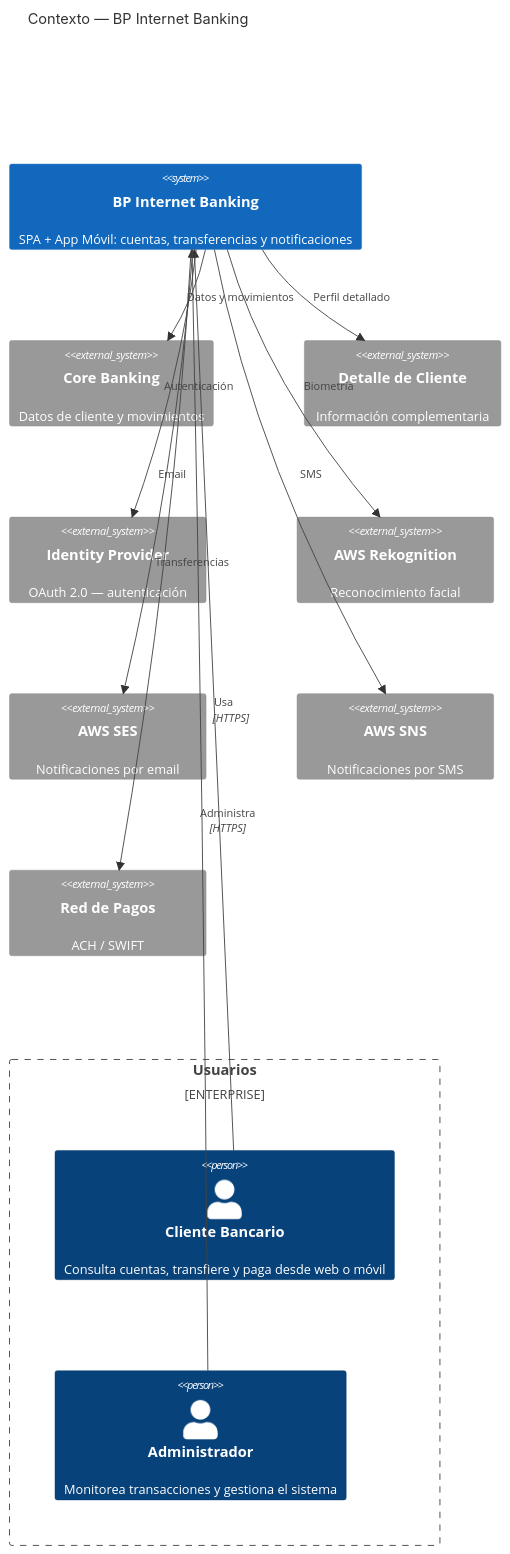
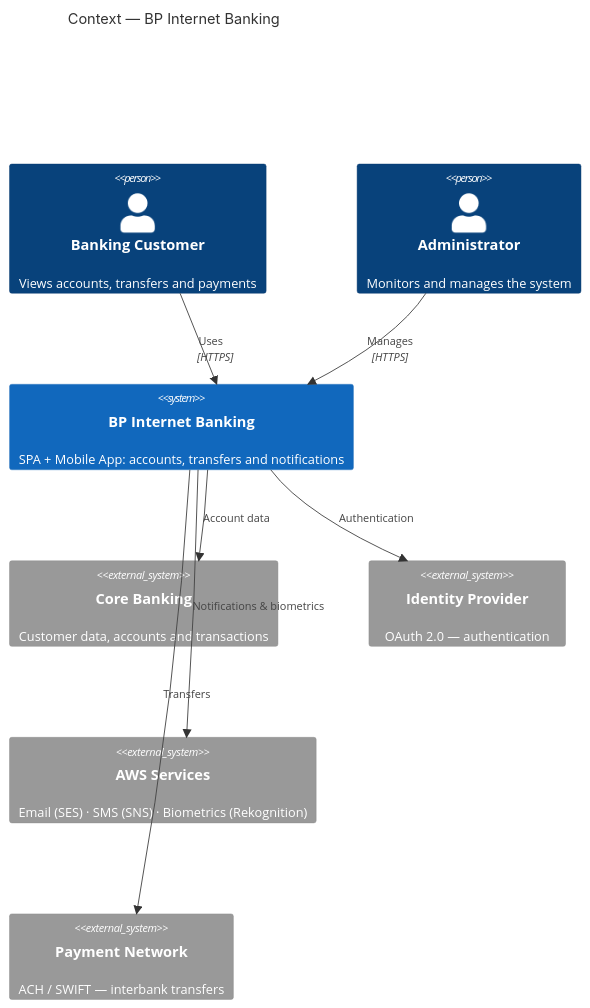
One commit to DavidVique1998/CV changed the first of 11 diagrams in docs/origin/BP_BANKING_ARCHITECTURE.md. Above: the diagram before and after it, drawn with Mermaid. The commit also changed other lines of this file and 1 other file, not shown here.

Commit message:
docs: simplify BP_BANKING_ARCHITECTURE — group external systems, compact diagrams, horizontal PKCE flow

````diff
--- a/docs/origin/BP_BANKING_ARCHITECTURE.md
+++ b/docs/origin/BP_BANKING_ARCHITECTURE.md
@@ -19,29 +19,22 @@
 ```mermaid
+%%{init: {"layout": "elk"}}%%
 C4Context
-  title Contexto — BP Internet Banking
+  title Context — BP Internet Banking
 
-  Enterprise_Boundary(users, "Usuarios") {
-    Person(customer, "Cliente Bancario", "Consulta cuentas, transfiere y paga desde web o móvil")
-    Person(admin, "Administrador", "Monitorea transacciones y gestiona el sistema")
-  }
+  Person(customer, "Banking Customer", "Views accounts, transfers and payments")
+  Person(admin, "Administrator", "Monitors and manages the system")
 
-  System(bp, "BP Internet Banking", "SPA + App Móvil: cuentas, transferencias y notificaciones")
+  System(bp, "BP Internet Banking", "SPA + Mobile App: accounts, transfers and notifications")
 
-  System_Ext(core, "Core Banking", "Datos de cliente y movimientos")
-  System_Ext(detail, "Detalle de Cliente", "Información complementaria")
-  System_Ext(idp, "Identity Provider", "OAuth 2.0 — autenticación")
-  System_Ext(rekognition, "AWS Rekognition", "Reconocimiento facial")
-  System_Ext(ses, "AWS SES", "Notificaciones por email")
-  System_Ext(sns, "AWS SNS", "Notificaciones por SMS")
-  System_Ext(payments, "Red de Pagos", "ACH / SWIFT")
+  System_Ext(core, "Core Banking", "Customer data, accounts and transactions")
+  System_Ext(idp, "Identity Provider", "OAuth 2.0 — authentication")
+  System_Ext(aws_svc, "AWS Services", "Email (SES) · SMS (SNS) · Biometrics (Rekognition)")
+  System_Ext(payments, "Payment Network", "ACH / SWIFT — interbank transfers")
 
-  Rel(customer, bp, "Usa", "HTTPS")
-  Rel(admin, bp, "Administra", "HTTPS")
-  Rel(bp, core, "Datos y movimientos")
-  Rel(bp, detail, "Perfil detallado")
-  Rel(bp, idp, "Autenticación")
-  Rel(bp, rekognition, "Biometría")
-  Rel(bp, ses, "Email")
-  Rel(bp, sns, "SMS")
-  Rel(bp, payments, "Transferencias")
+  Rel(customer, bp, "Uses", "HTTPS")
+  Rel(admin, bp, "Manages", "HTTPS")
+  Rel(bp, core, "Account data")
+  Rel(bp, idp, "Authentication")
+  Rel(bp, aws_svc, "Notifications & biometrics")
+  Rel(bp, payments, "Transfers")
 ```
````
